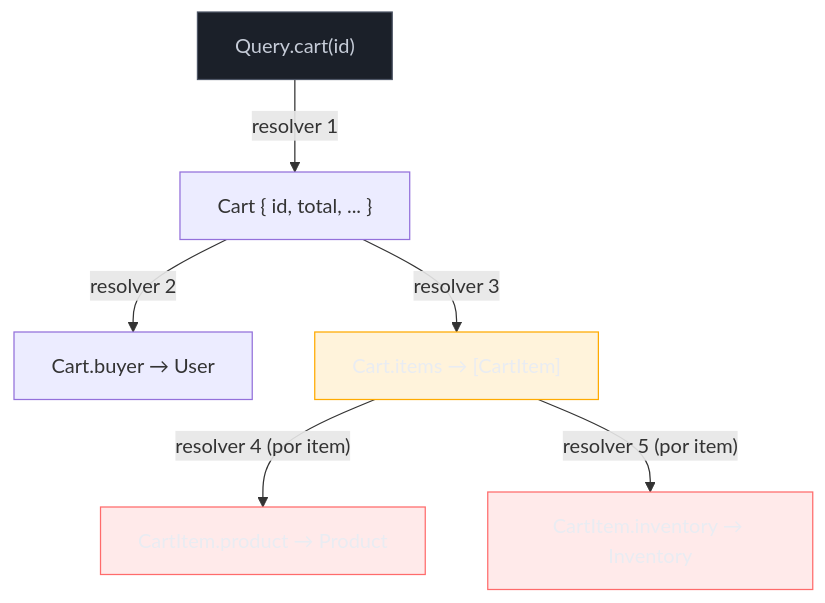
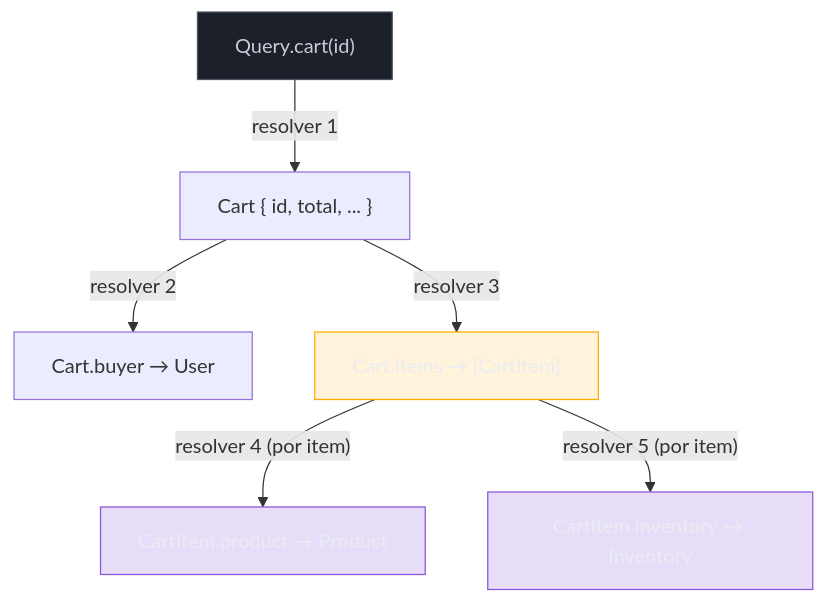
The first of 2 diagrams in 03-Dominios/Engenharia/Comunicação entre Sistemas/2 - Comunicação síncrona/04 - GraphQL — schema, resolvers e quando vale.md (josenaldo/codex-technomanticus), drawn with Mermaid before and after one commit. The commit also changed 601 other files, not shown here.

````diff
--- a/03-Dominios/Engenharia/Comunicação entre Sistemas/2 - Comunicação síncrona/04 - GraphQL — schema, resolvers e quando vale.md
+++ b/03-Dominios/Engenharia/Comunicação entre Sistemas/2 - Comunicação síncrona/04 - GraphQL — schema, resolvers e quando vale.md
@@ -147,15 +147,15 @@
 ```mermaid
 graph TD
+    classDef marca fill:#8855DF33,stroke:#8855DF,color:#E9ECF2
     classDef neutro fill:#1B2029,stroke:#4E5666,color:#C6CCD8
     classDef destaque fill:#FFAA0024,stroke:#FFAA00,color:#E9ECF2
-    classDef falha fill:#FF6B6B24,stroke:#FF6B6B,color:#E9ECF2
     Q["Query.cart(id)"] -->|"resolver 1"| CART["Cart { id, total, ... }"]
     CART -->|"resolver 2"| BUYER["Cart.buyer → User"]
     CART -->|"resolver 3"| ITEMS["Cart.items → [CartItem]"]
     ITEMS -->|"resolver 4 (por item)"| PROD["CartItem.product → Product"]
     ITEMS -->|"resolver 5 (por item)"| INV["CartItem.inventory → Inventory"]
     class Q neutro
     class ITEMS destaque
-    class PROD falha
-    class INV falha
+    class PROD marca
+    class INV marca
 ```
````
